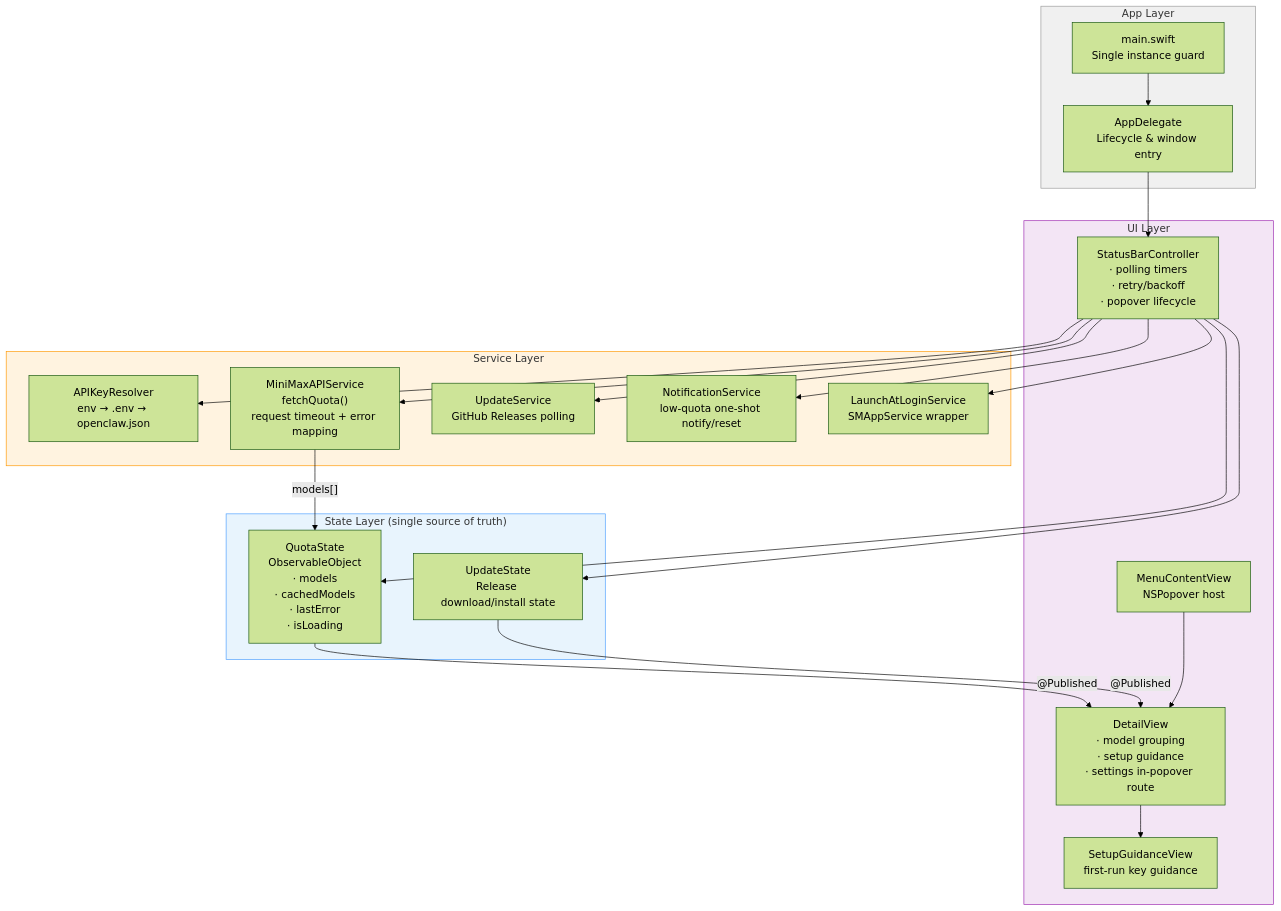
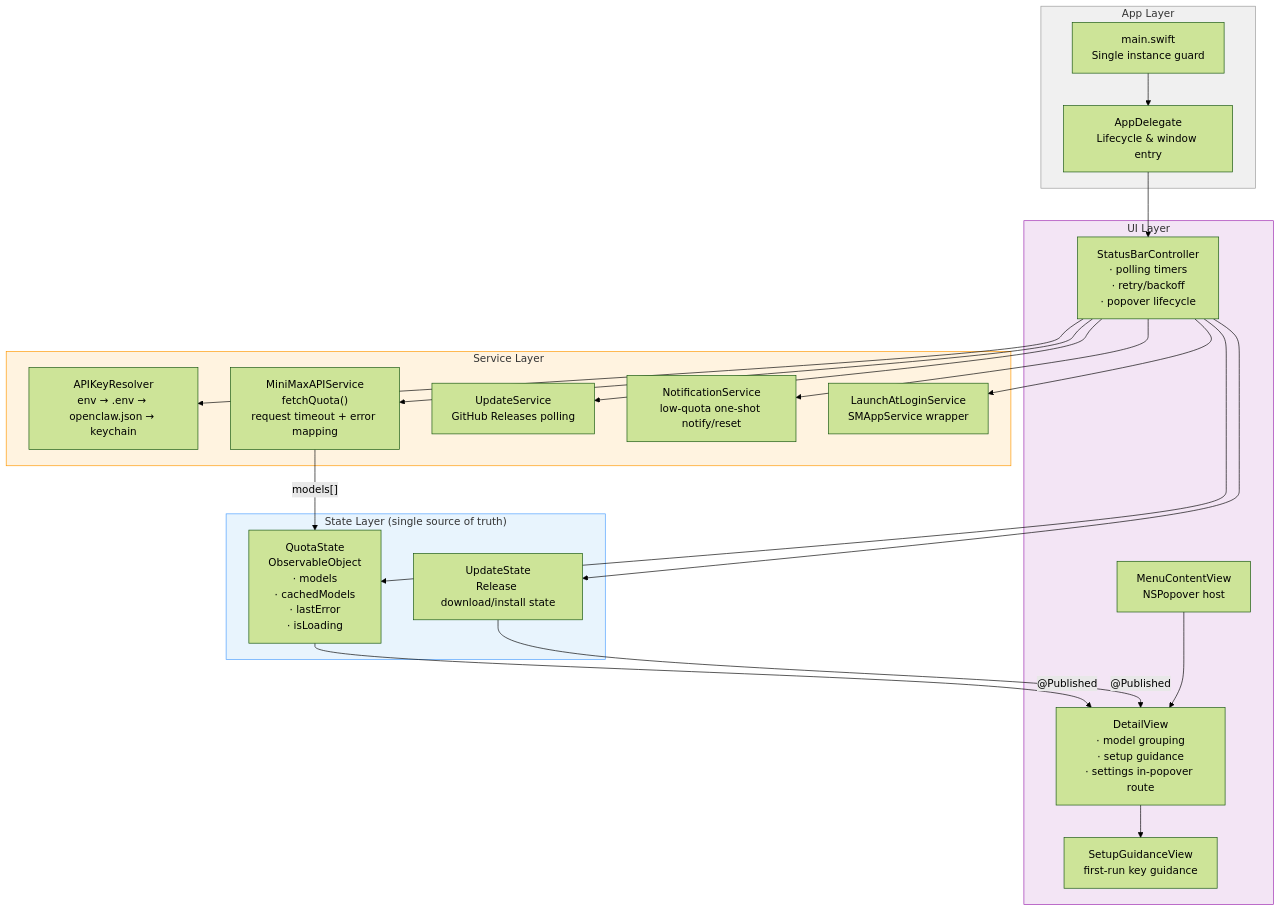
The first of 2 diagrams in README.md (victor0602/minimax-status-bar), drawn with Mermaid (forest theme) before and after one commit. The commit also changed other lines of this file and 6 other files, not shown here.

````diff
--- a/README.md
+++ b/README.md
@@ -75,47 +75,47 @@
 ```mermaid
 graph TB
     subgraph App["App Layer"]
         main["main.swift\nSingle instance guard"]
         AppDelegate["AppDelegate\nLifecycle & window entry"]
     end
 
     subgraph State["State Layer (single source of truth)"]
         QuotaState["QuotaState\nObservableObject\n· models\n· cachedModels\n· lastError\n· isLoading"]
         UpdateState["UpdateState\nRelease download/install state"]
     end
 
     subgraph Services["Service Layer"]
-        APIKeyService["APIKeyResolver\nenv → .env → openclaw.json"]
+        APIKeyService["APIKeyResolver\nenv → .env → openclaw.json → keychain"]
         MiniMaxAPI["MiniMaxAPIService\nfetchQuota()\nrequest timeout + error mapping"]
         UpdateService["UpdateService\nGitHub Releases polling"]
         NotificationService["NotificationService\nlow-quota one-shot notify/reset"]
         LaunchAtLogin["LaunchAtLoginService\nSMAppService wrapper"]
     end
 
     subgraph UI["UI Layer"]
         StatusBarController["StatusBarController\n· polling timers\n· retry/backoff\n· popover lifecycle"]
         MenuContentView["MenuContentView\nNSPopover host"]
         DetailView["DetailView\n· model grouping\n· setup guidance\n· settings in-popover route"]
         SetupGuidanceView["SetupGuidanceView\nfirst-run key guidance"]
     end
 
     main --> AppDelegate
     AppDelegate --> StatusBarController
     StatusBarController --> APIKeyService
     StatusBarController --> MiniMaxAPI
     StatusBarController --> UpdateService
     StatusBarController --> QuotaState
     StatusBarController --> UpdateState
     StatusBarController --> NotificationService
     StatusBarController --> LaunchAtLogin
     MiniMaxAPI -->|"models[]"| QuotaState
     QuotaState -->|"@Published"| DetailView
     UpdateState -->|"@Published"| DetailView
     MenuContentView --> DetailView
     DetailView --> SetupGuidanceView
 
     style App fill:#f0f0f0,stroke:#999
     style State fill:#e8f4fd,stroke:#4a9eff
     style Services fill:#fff3e0,stroke:#ff9800
     style UI fill:#f3e5f5,stroke:#9c27b0
 ```
````
